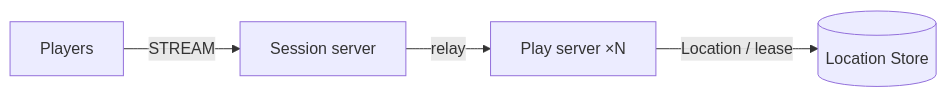
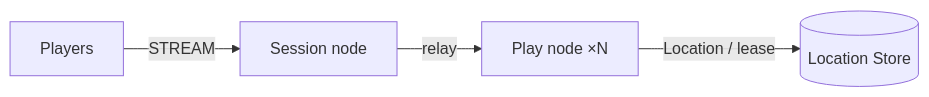
One commit to zlink-systems/zlink changed the diagram in framework/languages/node/templates/board-tables/my-game/README.md. Above: the diagram before and after it, drawn with Mermaid. The commit also changed other lines of this file and 12 other files, not shown here.

First line of the commit message:
feat(node-template): 콘솔·문서 용어를 Session node·Play node로 (#5350)

````diff
--- a/framework/languages/node/templates/board-tables/my-game/README.md
+++ b/framework/languages/node/templates/board-tables/my-game/README.md
@@ -5,6 +5,6 @@
 ```mermaid
 flowchart LR
-    players[Players] -->|STREAM| session[Session server]
-    session -->|relay| table[Play server ×N]
+    players[Players] -->|STREAM| session[Session node]
+    session -->|relay| table[Play node ×N]
     table -->|Location / lease| location[(Location Store)]
 ```
````
